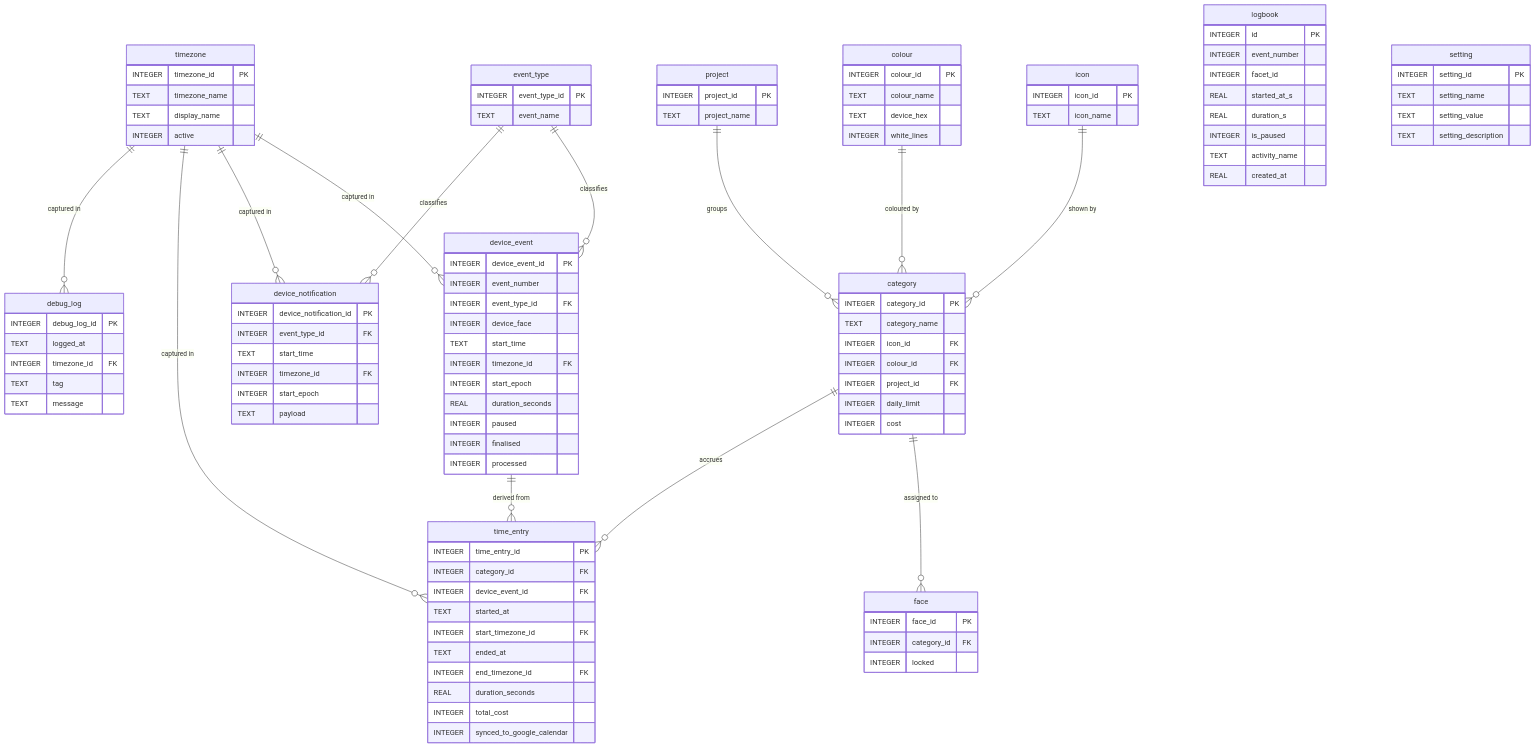
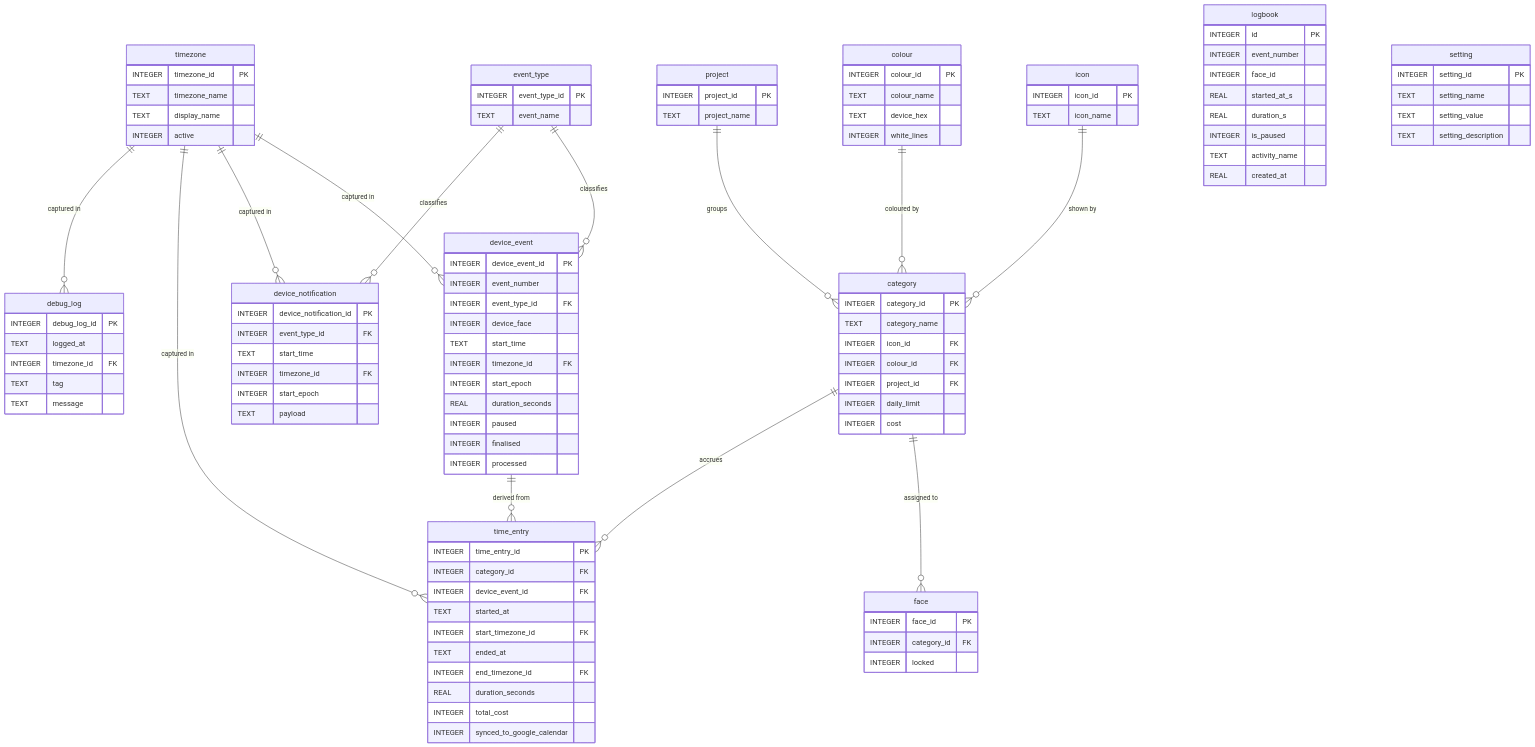
Before and after one commit to tuxcomputers/TimeFlipApp: the diagram in database/ER-diagram.md, drawn with Mermaid. The commit also changed 55 other files, not shown here.

First line of the commit message:
Say face everywhere, not facet

```diff
--- a/database/ER-diagram.md
+++ b/database/ER-diagram.md
@@ -108,7 +108,7 @@
     logbook {
         INTEGER id PK
         INTEGER event_number
-        INTEGER facet_id
+        INTEGER face_id
         REAL    started_at_s
         REAL    duration_s
         INTEGER is_paused
```
